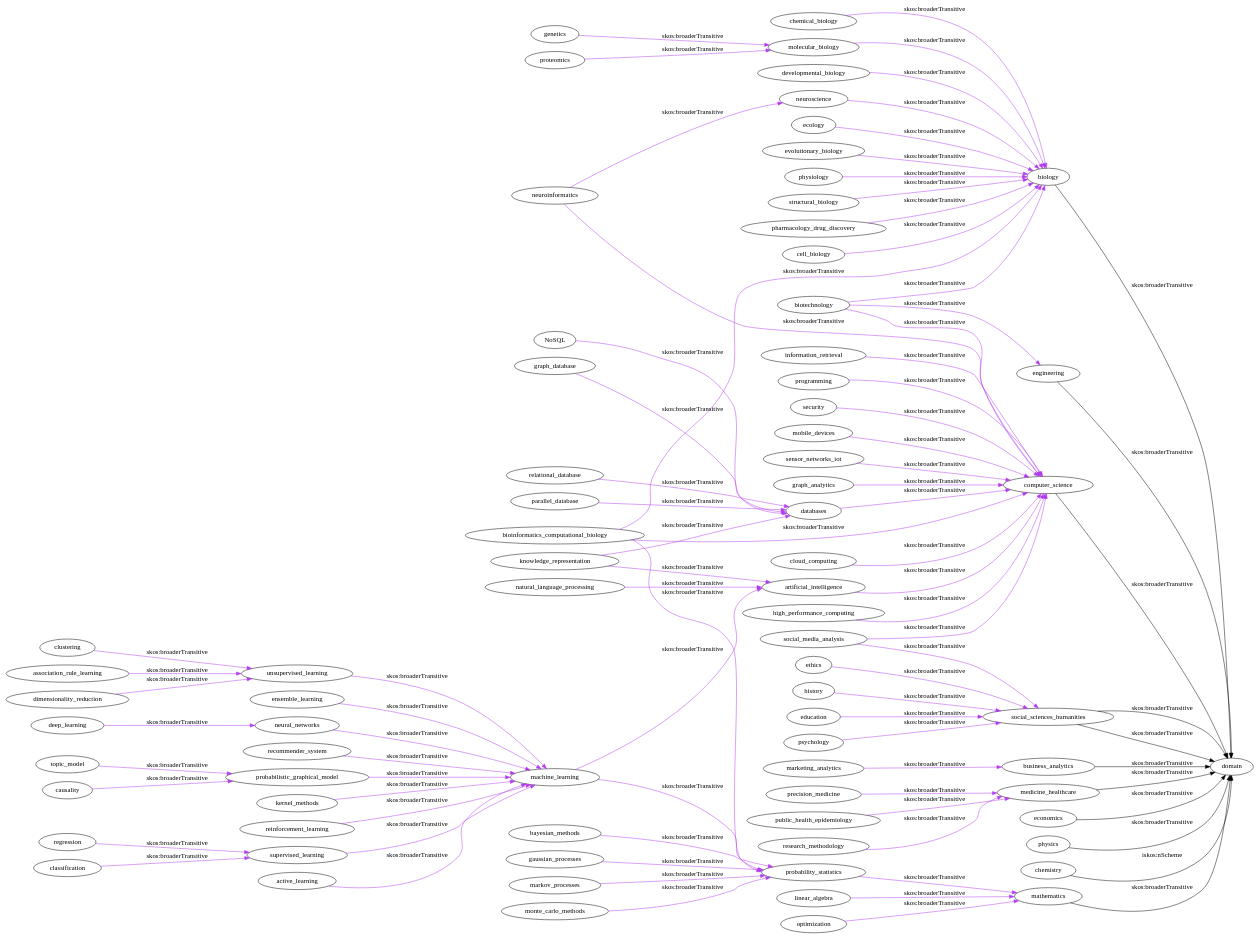
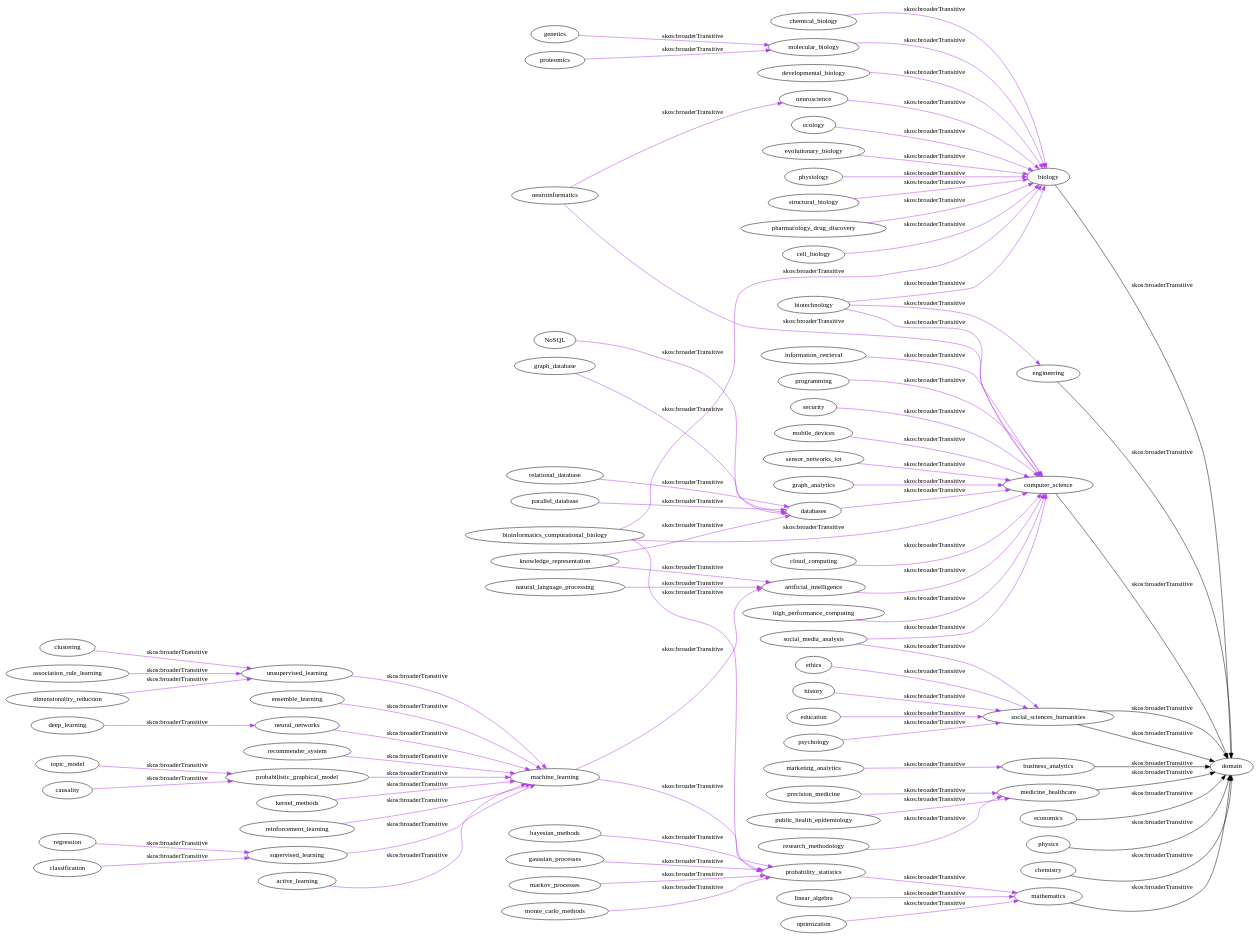
The diagram in ontology_files/dot_visualizations/domain.dot (bioint/DSEO), drawn with Graphviz before and after one commit. The commit also changed 5 other files, not shown here.

```diff
--- a/ontology_files/dot_visualizations/domain.dot
+++ b/ontology_files/dot_visualizations/domain.dot
@@ -1,112 +1,112 @@
 digraph{
     rankdir = LR;
     
     mathematics -> domain [color = "black", label = "skos:broaderTransitive"]
     computer_science -> domain [color = "black", label = "skos:broaderTransitive"]
     social_sciences_humanities -> domain [color = "black", label = "skos:broaderTransitive"]
     biology -> domain [color = "black", label = "skos:broaderTransitive"]
     business_analytics -> domain [color = "black", label = "skos:broaderTransitive"]
     economics -> domain [color = "black", label = "skos:broaderTransitive"]
     social_sciences_humanities -> domain [color = "black", label = "skos:broaderTransitive"]
     engineering -> domain [color = "black", label = "skos:broaderTransitive"]
     physics -> domain [color = "black", label = "skos:broaderTransitive"]
-    chemistry -> domain [color = "black", label = "iskos:nScheme"]
+    chemistry -> domain [color = "black", label = "skos:broaderTransitive"]
     medicine_healthcare -> domain [color = "black", label = "skos:broaderTransitive"]
     
     ethics -> social_sciences_humanities [color = "darkorchid2", label = "skos:broaderTransitive"]
     history -> social_sciences_humanities [color = "darkorchid2", label = "skos:broaderTransitive"]
     
     linear_algebra -> mathematics [color = "darkorchid2", label = "skos:broaderTransitive"]
     probability_statistics -> mathematics [color = "darkorchid2", label = "skos:broaderTransitive"]
     optimization -> mathematics [color = "darkorchid2", label = "skos:broaderTransitive"]
     
     graph_analytics -> computer_science [color = "darkorchid2", label = "skos:broaderTransitive"]
     artificial_intelligence -> computer_science [color = "darkorchid2", label = "skos:broaderTransitive"]
     databases -> computer_science [color = "darkorchid2", label = "skos:broaderTransitive"]
     high_performance_computing -> computer_science [color = "darkorchid2", label = "skos:broaderTransitive"]
     information_retrieval -> computer_science [color = "darkorchid2", label = "skos:broaderTransitive"]
     programming -> computer_science [color = "darkorchid2", label = "skos:broaderTransitive"]
     security -> computer_science [color = "darkorchid2", label = "skos:broaderTransitive"]
     mobile_devices -> computer_science [color = "darkorchid2", label = "skos:broaderTransitive"]
     sensor_networks_iot -> computer_science [color = "darkorchid2", label = "skos:broaderTransitive"]
     cloud_computing -> computer_science [color = "darkorchid2", label = "skos:broaderTransitive"]
     
     education -> social_sciences_humanities [color = "darkorchid2", label = "skos:broaderTransitive"]
     psychology -> social_sciences_humanities [color = "darkorchid2", label = "skos:broaderTransitive"]
     
     pharmacology_drug_discovery -> biology [color = "darkorchid2", label = "skos:broaderTransitive"]
     molecular_biology -> biology [color = "darkorchid2", label = "skos:broaderTransitive"]
     cell_biology -> biology [color = "darkorchid2", label = "skos:broaderTransitive"]
     chemical_biology -> biology [color = "darkorchid2", label = "skos:broaderTransitive"]
     developmental_biology -> biology [color = "darkorchid2", label = "skos:broaderTransitive"]
     ecology -> biology [color = "darkorchid2", label = "skos:broaderTransitive"]
     evolutionary_biology -> biology [color = "darkorchid2", label = "skos:broaderTransitive"]
     neuroscience -> biology [color = "darkorchid2", label = "skos:broaderTransitive"]
     physiology -> biology [color = "darkorchid2", label = "skos:broaderTransitive"]
     structural_biology -> biology [color = "darkorchid2", label = "skos:broaderTransitive"]
     
     marketing_analytics -> business_analytics [color = "darkorchid2", label = "skos:broaderTransitive"]
     
     precision_medicine -> medicine_healthcare [color = "darkorchid2", label = "skos:broaderTransitive"]
     public_health_epidemiology -> medicine_healthcare [color = "darkorchid2", label = "skos:broaderTransitive"]
     research_methodology -> medicine_healthcare [color = "darkorchid2", label = "skos:broaderTransitive"]
     
     bioinformatics_computational_biology -> biology [color = "darkorchid2", label = "skos:broaderTransitive"]
     bioinformatics_computational_biology -> probability_statistics [color = "darkorchid2", label = "skos:broaderTransitive"]
     bioinformatics_computational_biology -> computer_science [color = "darkorchid2", label = "skos:broaderTransitive"]
     
     neuroinformatics -> computer_science [color = "darkorchid2", label = "skos:broaderTransitive"]
     neuroinformatics -> neuroscience [color = "darkorchid2", label = "skos:broaderTransitive"]
     
     biotechnology -> biology [color = "darkorchid2", label = "skos:broaderTransitive"]
     biotechnology -> engineering [color = "darkorchid2", label = "skos:broaderTransitive"]
     biotechnology -> computer_science [color = "darkorchid2", label = "skos:broaderTransitive"]
 
     bayesian_methods -> probability_statistics [color = "darkorchid2", label = "skos:broaderTransitive"]
     gaussian_processes -> probability_statistics [color = "darkorchid2", label = "skos:broaderTransitive"]
     markov_processes -> probability_statistics [color = "darkorchid2", label = "skos:broaderTransitive"]
     monte_carlo_methods -> probability_statistics [color = "darkorchid2", label = "skos:broaderTransitive"]
     
     machine_learning -> probability_statistics [color = "darkorchid2", label = "skos:broaderTransitive"]
     machine_learning -> artificial_intelligence [color = "darkorchid2", label = "skos:broaderTransitive"]
     
     natural_language_processing -> artificial_intelligence [color = "darkorchid2", label = "skos:broaderTransitive"]
     
     knowledge_representation -> artificial_intelligence [color = "darkorchid2", label = "skos:broaderTransitive"]
     knowledge_representation -> databases [color = "darkorchid2", label = "skos:broaderTransitive"]
     
     graph_database -> databases [color = "darkorchid2", label = "skos:broaderTransitive"]
     relational_database -> databases [color = "darkorchid2", label = "skos:broaderTransitive"]
     NoSQL -> databases [color = "darkorchid2", label = "skos:broaderTransitive"]
     parallel_database -> databases [color = "darkorchid2", label = "skos:broaderTransitive"]
     
     genetics -> molecular_biology [color = "darkorchid2", label = "skos:broaderTransitive"]
     proteomics -> molecular_biology [color = "darkorchid2", label = "skos:broaderTransitive"]
     
     unsupervised_learning -> machine_learning [color = "darkorchid2", label = "skos:broaderTransitive"]
     ensemble_learning -> machine_learning [color = "darkorchid2", label = "skos:broaderTransitive"]
     neural_networks -> machine_learning [color = "darkorchid2", label = "skos:broaderTransitive"]
     recommender_system -> machine_learning [color = "darkorchid2", label = "skos:broaderTransitive"]
     probabilistic_graphical_model -> machine_learning [color = "darkorchid2", label = "skos:broaderTransitive"]
     kernel_methods -> machine_learning [color = "darkorchid2", label = "skos:broaderTransitive"]
     reinforcement_learning -> machine_learning [color = "darkorchid2", label = "skos:broaderTransitive"]
     supervised_learning -> machine_learning [color = "darkorchid2", label = "skos:broaderTransitive"]
     active_learning -> machine_learning [color = "darkorchid2", label = "skos:broaderTransitive"]
     
     association_rule_learning -> unsupervised_learning [color = "darkorchid2", label = "skos:broaderTransitive"]
     dimensionality_reduction -> unsupervised_learning [color = "darkorchid2", label = "skos:broaderTransitive"]
     clustering -> unsupervised_learning [color = "darkorchid2", label = "skos:broaderTransitive"]
     
     topic_model -> probabilistic_graphical_model [color = "darkorchid2", label = "skos:broaderTransitive"]
     causality -> probabilistic_graphical_model [color = "darkorchid2", label = "skos:broaderTransitive"]
     
     regression -> supervised_learning [color = "darkorchid2", label = "skos:broaderTransitive"]
     classification -> supervised_learning [color = "darkorchid2", label = "skos:broaderTransitive"]
     
     deep_learning -> neural_networks [color = "darkorchid2", label = "skos:broaderTransitive"]
     
     social_media_analysis -> computer_science [color = "darkorchid2", label = "skos:broaderTransitive"]
     social_media_analysis -> social_sciences_humanities [color = "darkorchid2", label = "skos:broaderTransitive"]
     
     {rank=same; mathematics, computer_science, social_sciences_humanities, biology, business_analytics, economics, social_sciences_humanities, engineering, physics, chemistry, medicine_healthcare}
 }
```
